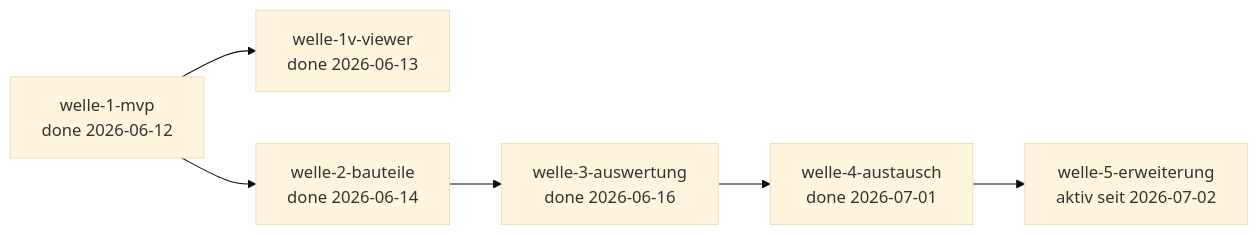
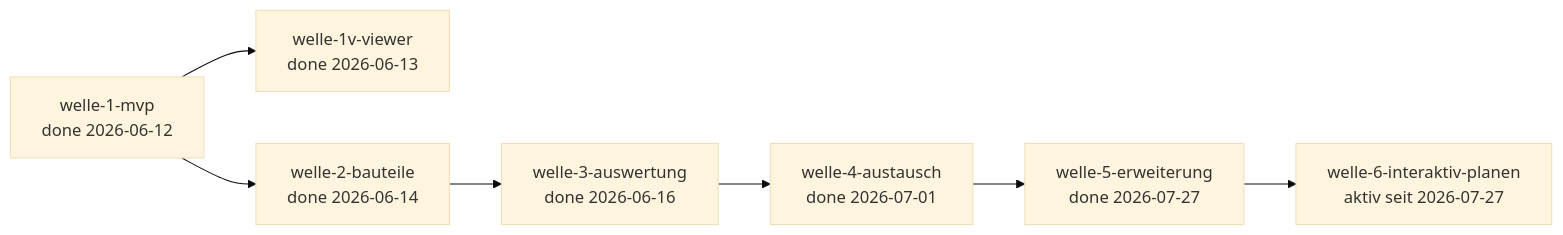
One commit to pt9912/b-cad changed the diagram in docs/plan/planning/in-progress/roadmap.md. Above: the diagram before and after it, drawn with Mermaid (base theme). The commit also changed other lines of this file and 2 other files, not shown here.

First line of the commit message:
docs(welle-5/welle-6): welle-5 geschlossen, M5 gebucht, welle-6 geschnitten

````diff
--- a/docs/plan/planning/in-progress/roadmap.md
+++ b/docs/plan/planning/in-progress/roadmap.md
@@ -57,12 +68,13 @@
 ```mermaid
 flowchart LR
     W1[welle-1-mvp<br/>done 2026-06-12]
     W1V[welle-1v-viewer<br/>done 2026-06-13]
     W2[welle-2-bauteile<br/>done 2026-06-14]
     W3[welle-3-auswertung<br/>done 2026-06-16]
     W4[welle-4-austausch<br/>done 2026-07-01]
-    W5[welle-5-erweiterung<br/>aktiv seit 2026-07-02]
+    W5[welle-5-erweiterung<br/>done 2026-07-27]
+    W6[welle-6-interaktiv-planen<br/>aktiv seit 2026-07-27]
 
     W1 --> W1V
-    W1 --> W2 --> W3 --> W4 --> W5
+    W1 --> W2 --> W3 --> W4 --> W5 --> W6
 ```
````
